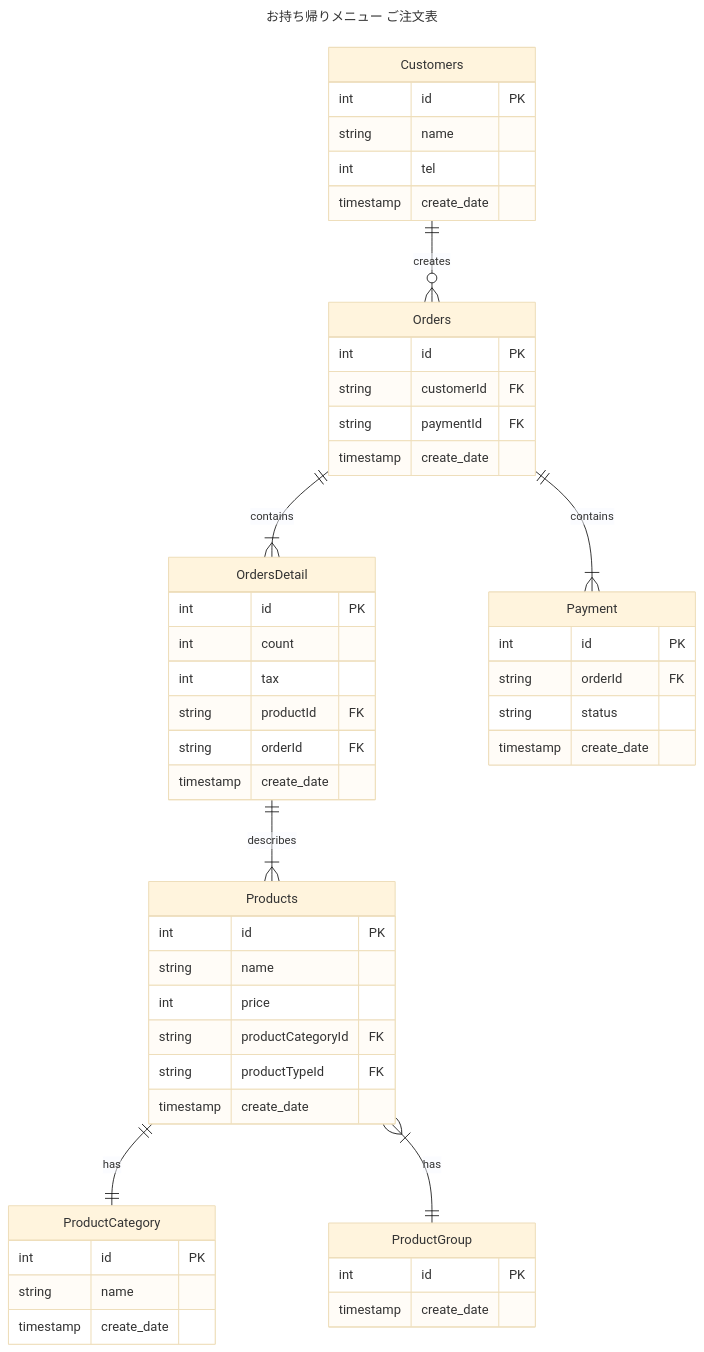
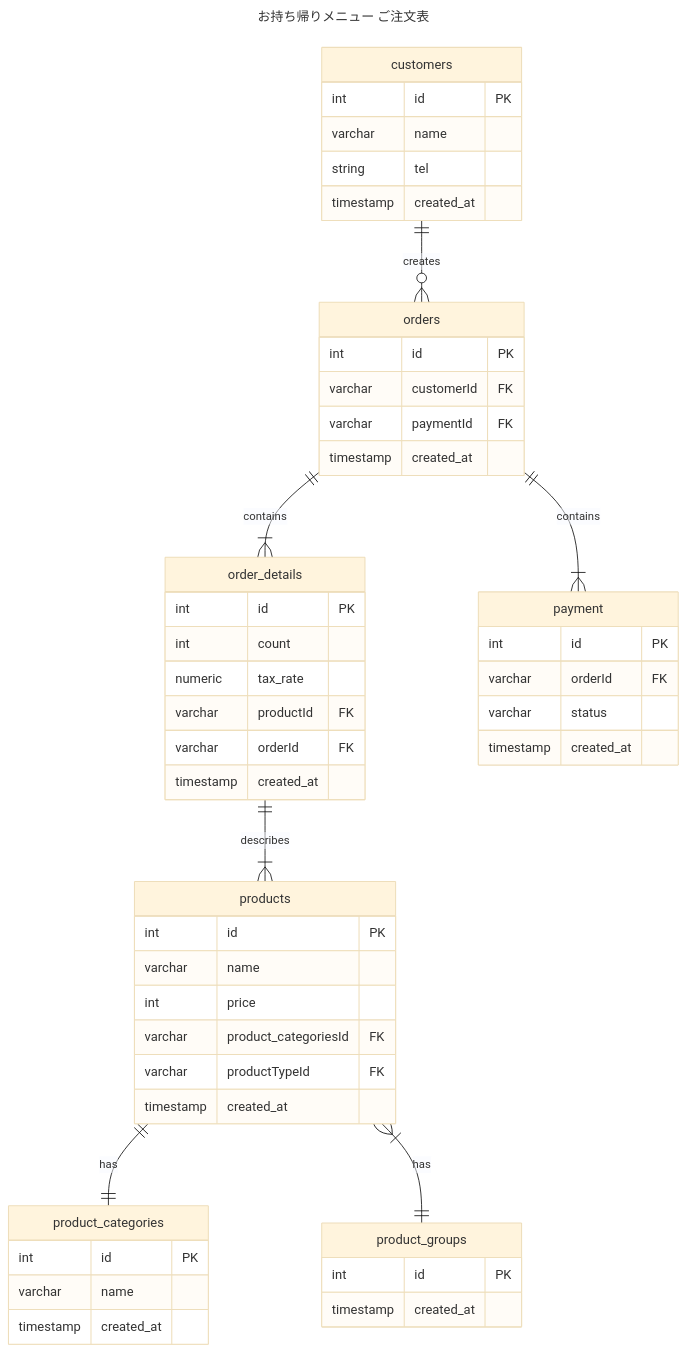
Before and after one commit to ttakuma17/til: the second of 2 diagrams in db/modeling/1/1-1.md, drawn with Mermaid (base theme). The commit also changed other lines of this file, not shown here.

````diff
--- a/db/modeling/1/1-1.md
+++ b/db/modeling/1/1-1.md
@@ -74,55 +77,55 @@
 ```mermaid
 ---
 title: お持ち帰りメニュー ご注文表
 ---
 erDiagram
-    Customers ||--o{ Orders : creates
-    Customers {
+    customers ||--o{ orders : creates
+    customers {
 		int id PK
-        string name
-        int tel
-        timestamp create_date
+        varchar name
+        string tel
+        timestamp created_at
     }
-    Orders ||--|{ OrdersDetail : contains
-	  Orders {
-	    int id PK
-        string customerId FK
-        string paymentId FK
-        timestamp create_date
+    orders ||--|{ order_details : contains
+    orders { 
+      int id PK
+      varchar customerId FK
+      varchar paymentId FK
+      timestamp created_at
     }
-    Orders ||--|{ Payment : contains
-    Payment {
+    orders ||--|{ payment : contains
+    payment {
         int id PK
-        string orderId FK
-        string status
-        timestamp create_date
+        varchar orderId FK
+        varchar status
+        timestamp created_at
     }
-    OrdersDetail ||--|{ Products : describes
-    OrdersDetail {
+    order_details ||--|{ products : describes
+    order_details {
         int id PK
         int count
-        int tax
-        string productId FK
-        string orderId FK
-        timestamp create_date
+        numeric tax_rate
+        varchar productId FK
+        varchar orderId FK
+        timestamp created_at
     }
-    Products ||--|| ProductCategory : has
-    Products {
+    products ||--|| product_categories : has
+    products {
         int id PK
-        string name
+        varchar name
         int price
-        string productCategoryId FK
-        string productTypeId FK
-        timestamp create_date
+        varchar product_categoriesId FK
+        varchar productTypeId FK
+        timestamp created_at
     }
-    Products }|--|| ProductGroup : has
-    ProductGroup {
+    products }|--|| product_groups : has
+    product_groups {
         int id PK
-        timestamp create_date
+        timestamp created_at
    }
-    ProductCategory {
+    product_categories {
         int id PK
-        string name
-        timestamp create_date
+        varchar name
+        timestamp created_at
     }
 ```
````
